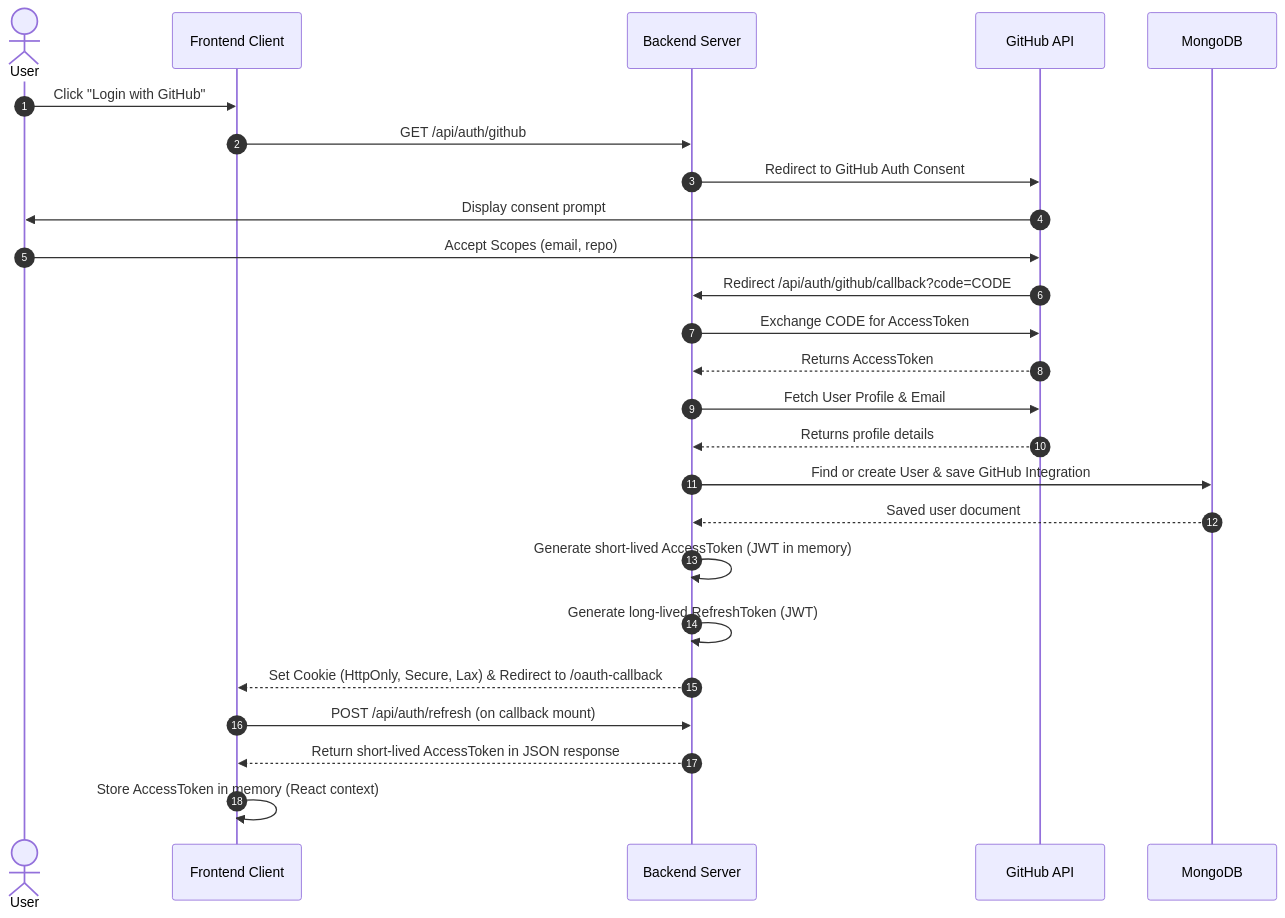
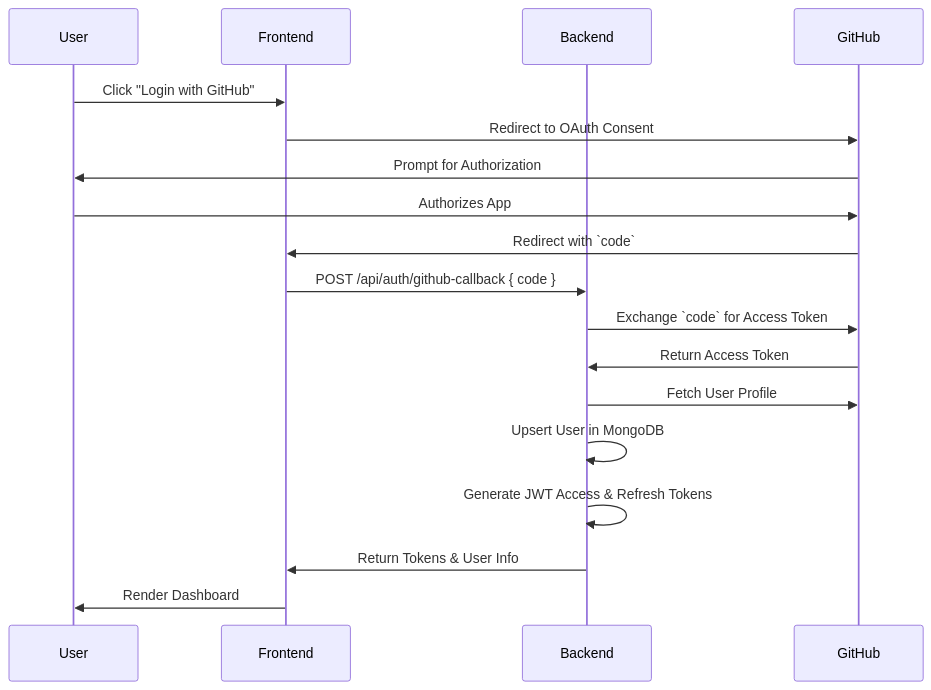
The third of 6 diagrams in README.md (JEN-chad/DevFlow), drawn with Mermaid before and after one commit. The commit also changed other lines of this file, not shown here.

````diff
--- a/README.md
+++ b/README.md
@@ -265,28 +160,21 @@
 ```mermaid
 sequenceDiagram
-    autonumber
-    actor User
-    participant FE as Frontend Client
-    participant BE as Backend Server
-    participant GH as GitHub API
-    participant DB as MongoDB
-
-    User->>FE: Click "Login with GitHub"
-    FE->>BE: GET /api/auth/github
-    BE->>GH: Redirect to GitHub Auth Consent
-    GH->>User: Display consent prompt
-    User->>GH: Accept Scopes (email, repo)
-    GH->>BE: Redirect /api/auth/github/callback?code=CODE
-    BE->>GH: Exchange CODE for AccessToken
-    GH-->>BE: Returns AccessToken
-    BE->>GH: Fetch User Profile & Email
-    GH-->>BE: Returns profile details
-    BE->>DB: Find or create User & save GitHub Integration
-    DB-->>BE: Saved user document
-    BE->>BE: Generate short-lived AccessToken (JWT in memory)
-    BE->>BE: Generate long-lived RefreshToken (JWT)
-    BE-->>FE: Set Cookie (HttpOnly, Secure, Lax) & Redirect to /oauth-callback
-    FE->>BE: POST /api/auth/refresh (on callback mount)
-    BE-->>FE: Return short-lived AccessToken in JSON response
-    FE->>FE: Store AccessToken in memory (React context)
+    participant User
+    participant Frontend
+    participant Backend
+    participant GitHub
+    
+    User->>Frontend: Click "Login with GitHub"
+    Frontend->>GitHub: Redirect to OAuth Consent
+    GitHub->>User: Prompt for Authorization
+    User->>GitHub: Authorizes App
+    GitHub->>Frontend: Redirect with `code`
+    Frontend->>Backend: POST /api/auth/github-callback { code }
+    Backend->>GitHub: Exchange `code` for Access Token
+    GitHub->>Backend: Return Access Token
+    Backend->>GitHub: Fetch User Profile
+    Backend->>Backend: Upsert User in MongoDB
+    Backend->>Backend: Generate JWT Access & Refresh Tokens
+    Backend->>Frontend: Return Tokens & User Info
+    Frontend->>User: Render Dashboard
 ```
````
